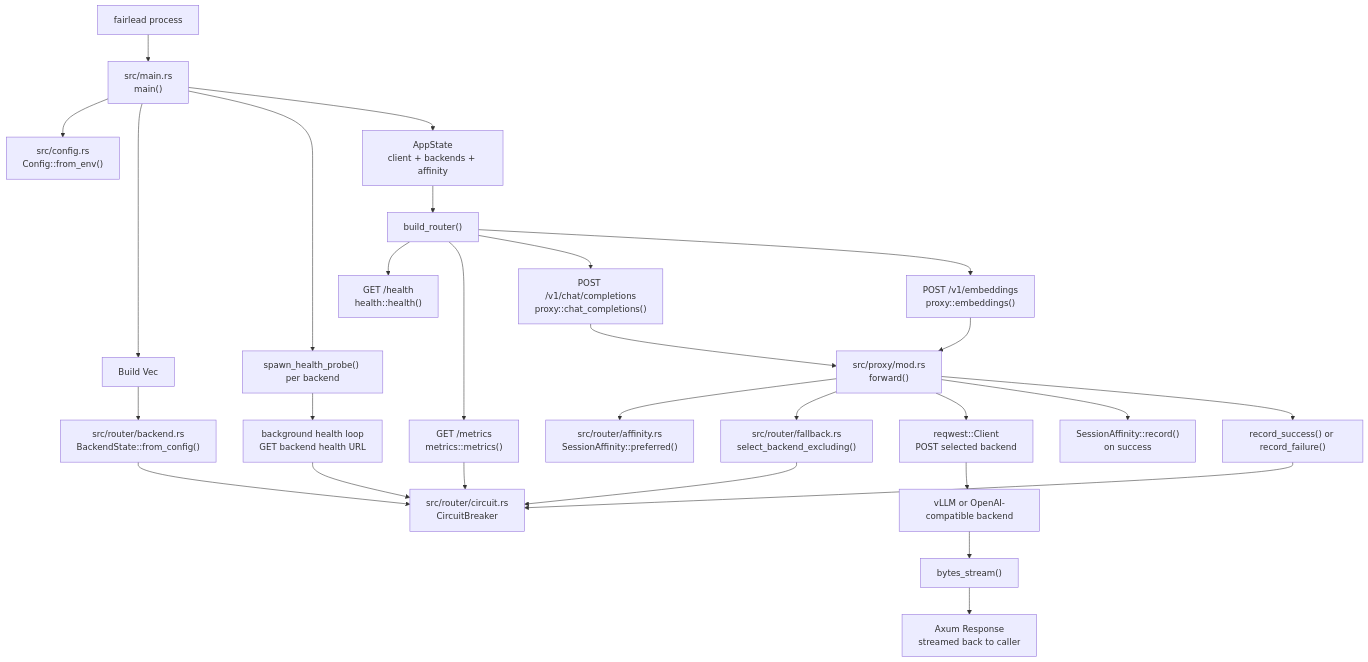
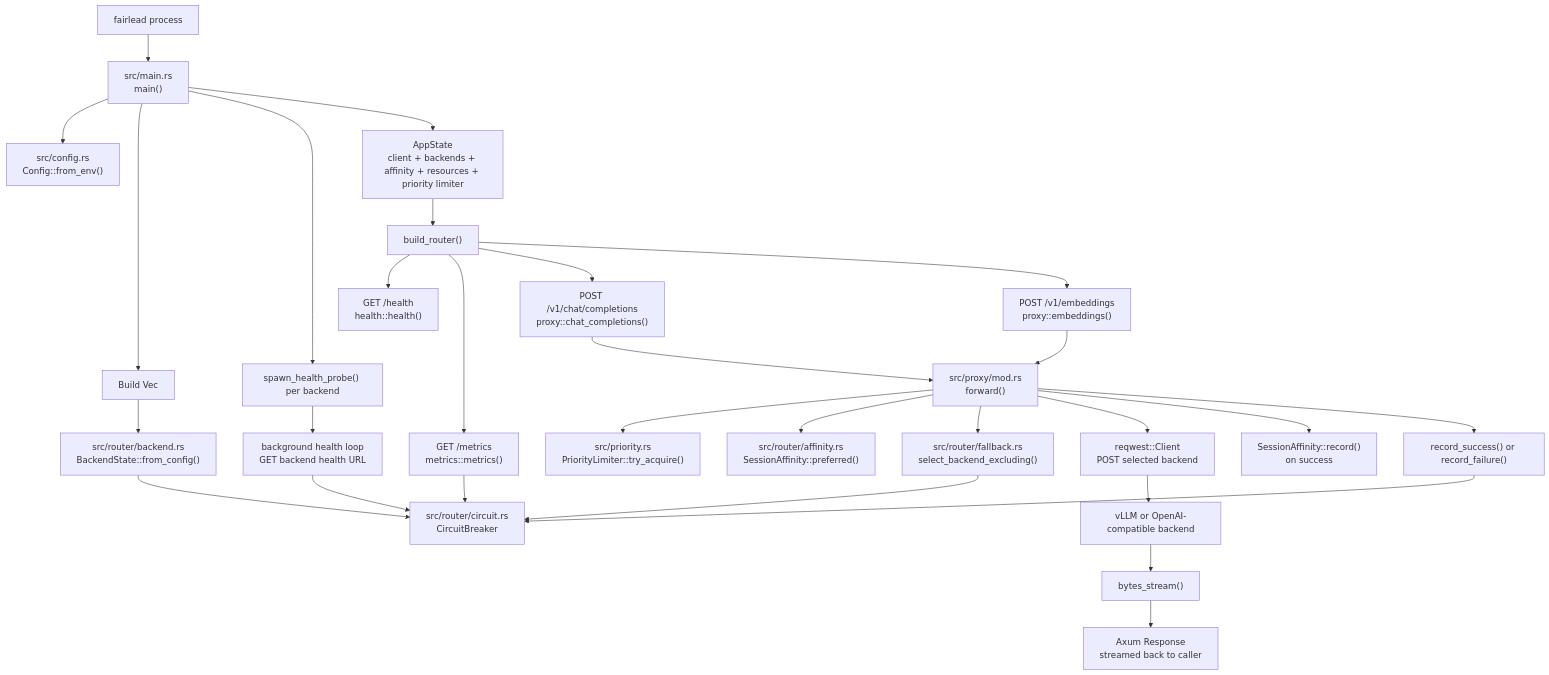
One commit to ybordag/fairlead changed the diagram in docs/code_walkthrough.md. Above: the diagram before and after it, drawn with Mermaid. The commit also changed other lines of this file and 12 other files, not shown here.

````diff
--- a/docs/code_walkthrough.md
+++ b/docs/code_walkthrough.md
@@ -26,39 +27,40 @@
 ```mermaid
 flowchart TD
     process["fairlead process"] --> main["src/main.rs\nmain()"]
 
     main --> cfg["src/config.rs\nConfig::from_env()"]
     main --> backend_build["Build Vec<BackendState>"]
     backend_build --> backend_state["src/router/backend.rs\nBackendState::from_config()"]
     backend_state --> circuit["src/router/circuit.rs\nCircuitBreaker"]
 
     main --> probes["spawn_health_probe() per backend"]
     probes --> probe_loop["background health loop\nGET backend health URL"]
     probe_loop --> circuit
 
-    main --> app_state["AppState\nclient + backends + affinity"]
+    main --> app_state["AppState\nclient + backends + affinity + resources + priority limiter"]
     app_state --> router_build["build_router()"]
 
     router_build --> health_route["GET /health\nhealth::health()"]
     router_build --> metrics_route["GET /metrics\nmetrics::metrics()"]
     router_build --> chat_route["POST /v1/chat/completions\nproxy::chat_completions()"]
     router_build --> embed_route["POST /v1/embeddings\nproxy::embeddings()"]
 
     chat_route --> forward["src/proxy/mod.rs\nforward()"]
     embed_route --> forward
 
+    forward --> priority["src/priority.rs\nPriorityLimiter::try_acquire()"]
     forward --> affinity_read["src/router/affinity.rs\nSessionAffinity::preferred()"]
     forward --> select["src/router/fallback.rs\nselect_backend_excluding()"]
     select --> circuit
 
     forward --> reqwest["reqwest::Client\nPOST selected backend"]
     reqwest --> upstream["vLLM or OpenAI-compatible backend"]
     upstream --> stream["bytes_stream()"]
     stream --> caller["Axum Response\nstreamed back to caller"]
 
     forward --> affinity_write["SessionAffinity::record()\non success"]
     forward --> circuit_update["record_success() or record_failure()"]
     circuit_update --> circuit
 
     metrics_route --> circuit
 ```
````
